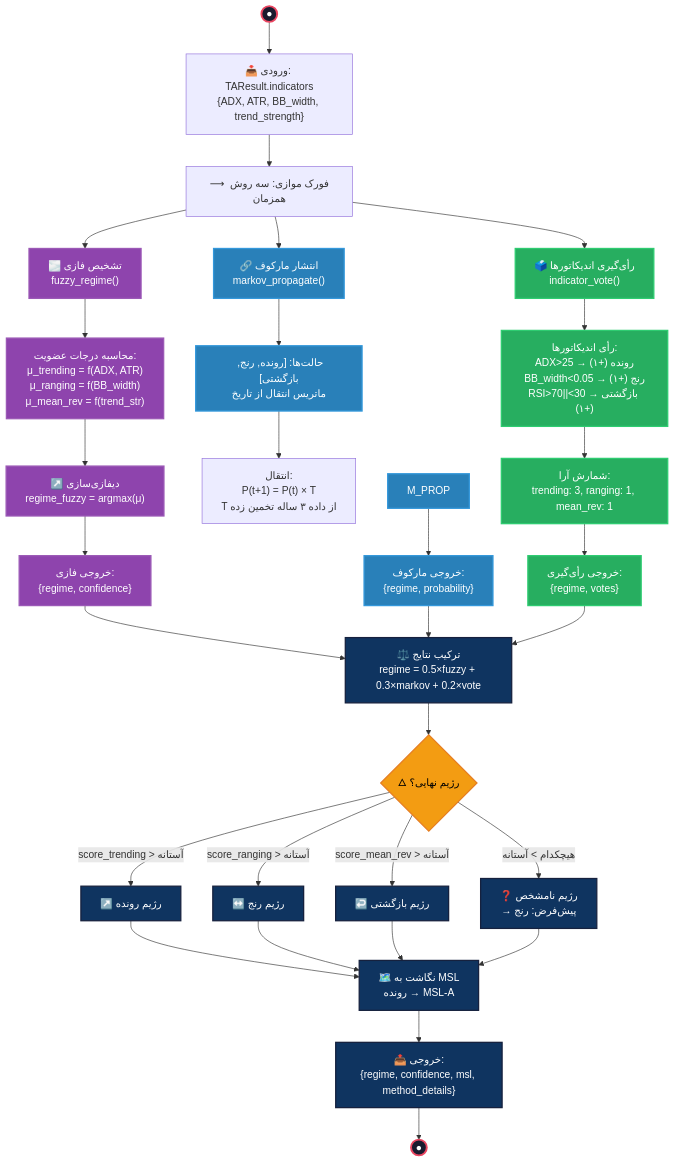
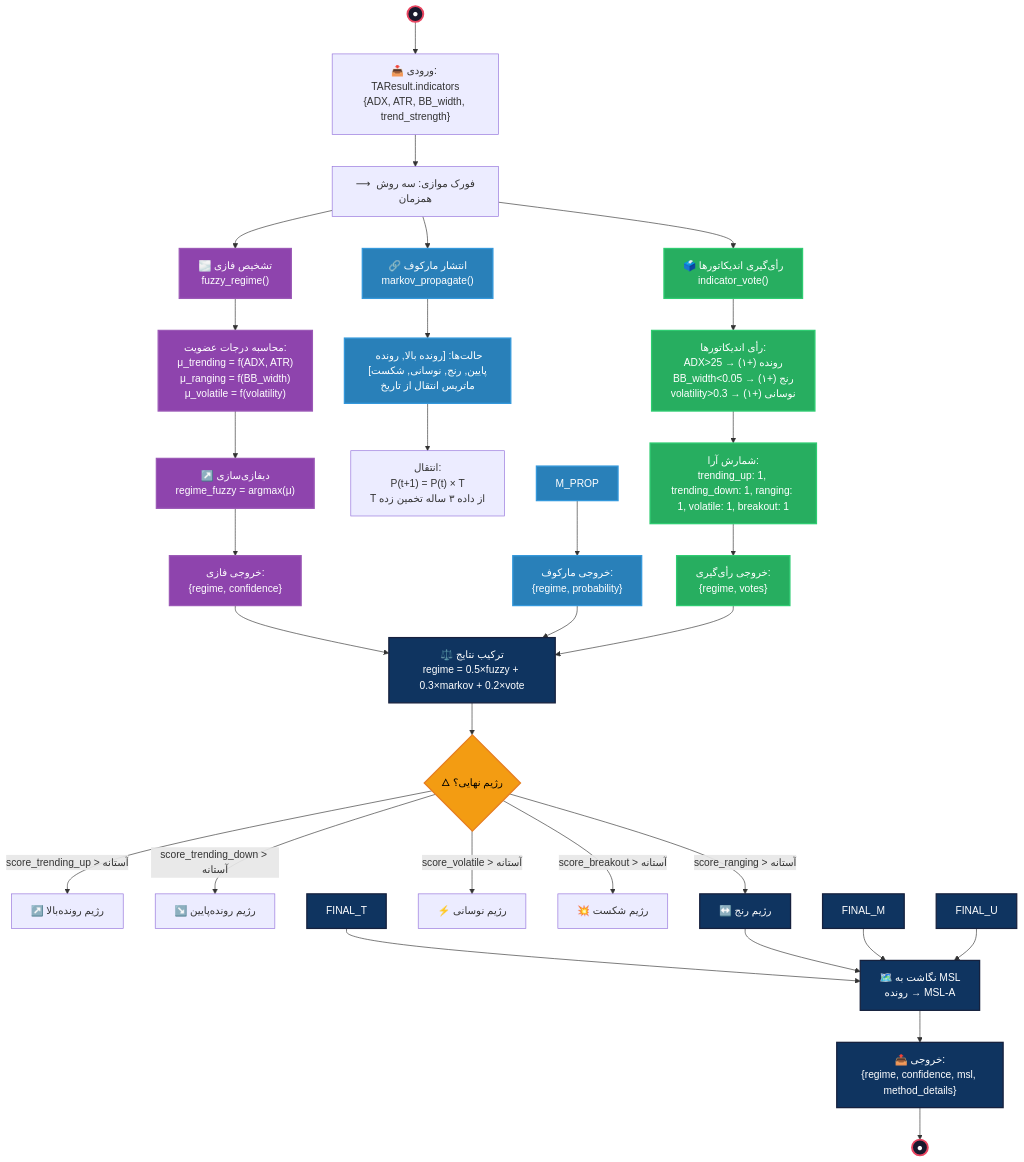
The seventh of 9 diagrams in bpmn-section.md (Shakour-Data/TechnicalAI), drawn with Mermaid before and after one commit. The commit also changed other lines of this file and 23 other files, not shown here.

Commit message:
Update API services, decision graph, and TSE/Yahoo integrations

````diff
--- a/bpmn-section.md
+++ b/bpmn-section.md
@@ -450,52 +453,53 @@
 ```mermaid
 flowchart TB
     START_R((●)) --> IN_R["📥 ورودی: TAResult.indicators\n{ADX, ATR, BB_width, trend_strength}"]
     IN_R --> PARALLEL["⟶ فورک موازی: سه روش همزمان"]
 
     PARALLEL --> FUZZY["🌫️ تشخیص فازی\nfuzzy_regime()"]
     PARALLEL --> MARKOV["🔗 انتشار مارکوف\nmarkov_propagate()"]
     PARALLEL --> VOTE["🗳️ رأی‌گیری اندیکاتورها\nindicator_vote()"]
 
-    FUZZY --> F_CALC["محاسبه درجات عضویت:\nμ_trending = f(ADX, ATR)\nμ_ranging = f(BB_width)\nμ_mean_rev = f(trend_str)"]
+    FUZZY --> F_CALC["محاسبه درجات عضویت:\nμ_trending = f(ADX, ATR)\nμ_ranging = f(BB_width)\nμ_volatile = f(volatility)"]
     F_CALC --> F_DEFUZZ["↗️ دیفازی‌سازی\nregime_fuzzy = argmax(μ)"]
     F_DEFUZZ --> F_OUT["خروجی فازی:\n{regime, confidence}"]
 
-    MARKOV --> M_STATES["حالت‌ها: [رونده, رنج, بازگشتی]\nماتریس انتقال از تاریخ"]
+    MARKOV --> M_STATES["حالت‌ها: [رونده بالا, رونده پایین, رنج, نوسانی, شکست]\nماتریس انتقال از تاریخ"]
     M_STATES --> M,PROP["انتقال:\nP(t+1) = P(t) × T\nT از داده ۳ ساله تخمین زده"]
     M_PROP --> M_OUT["خروجی مارکوف:\n{regime, probability}"]
 
-    VOTE --> V_IND["رأی اندیکاتورها:\nADX>25 → رونده (+۱)\nBB_width<0.05 → رنج (+۱)\nRSI>70||<30 → بازگشتی (+۱)"]
-    V_IND --> V_COUNT["شمارش آرا:\ntrending: 3, ranging: 1, mean_rev: 1"]
+    VOTE --> V_IND["رأی اندیکاتورها:\nADX>25 → رونده (+۱)\nBB_width<0.05 → رنج (+۱)\nvolatility>0.3 → نوسانی (+۱)"]
+    V_IND --> V_COUNT["شمارش آرا:\ntrending_up: 1, trending_down: 1, ranging: 1, volatile: 1, breakout: 1"]
     V_COUNT --> V_OUT["خروجی رأی‌گیری:\n{regime, votes}"]
 
     F_OUT --> COMBINE["⚖️ ترکیب نتایج\nregime = 0.5×fuzzy + 0.3×markov + 0.2×vote"]
     M_OUT --> COMBINE
     V_OUT --> COMBINE
 
     COMBINE --> C_GW{"🜂 رژیم نهایی؟"}
-    C_GW -->|score_trending > آستانه| FINAL_T["↗️ رژیم رونده"]
-    C_GW -->|score_ranging > آستانه| FINAL_R["↔️ رژیم رنج"]
-    C_GW -->|score_mean_rev > آستانه| FINAL_M["↩️ رژیم بازگشتی"]
-    C_GW -->|هیچکدام > آستانه| FINAL_U["❓ رژیم نامشخص\n→ پیش‌فرض: رنج"]
+     C_GW -->|score_trending_up > آستانه| FINAL_TU["↗️ رژیم رونده‌بالا"]
+     C_GW -->|score_trending_down > آستانه| FINAL_TD["↘️ رژیم رونده‌پایین"]
+     C_GW -->|score_ranging > آستانه| FINAL_R["↔️ رژیم رنج"]
+     C_GW -->|score_volatile > آستانه| FINAL_V["⚡ رژیم نوسانی"]
+     C_GW -->|score_breakout > آستانه| FINAL_B["💥 رژیم شکست"]
 
     FINAL_T --> MAP_MSL["🗺️ نگاشت به MSL\nرونده → MSL-A"]
     FINAL_R --> MAP_MSL
     FINAL_M --> MAP_MSL
     FINAL_U --> MAP_MSL
 
     MAP_MSL --> OUT_R["📤 خروجی:\n{regime, confidence, msl, method_details}"]
     OUT_R --> END_R((●))
 
     classDef startEnd fill:#1a1a2e,stroke:#e94560,stroke-width:3px,color:#fff
     classDef gateway fill:#f39c12,stroke:#e67e22,stroke-width:2px,color:#000
     classDef fuzzy fill:#8e44ad,stroke:#9b59b6,stroke-width:2px,color:#fff
     classDef markov fill:#2980b9,stroke:#3498db,stroke-width:2px,color:#fff
     classDef voting fill:#27ae60,stroke:#2ecc71,stroke-width:2px,color:#fff
     classDef combine fill:#0f3460,stroke:#16213e,stroke-width:2px,color:#fff
     class START_R,END_R startEnd
     class C_GW gateway
     class FUZZY,F_CALC,F_DEFUZZ,F_OUT fuzzy
     class MARKOV,M_STATES,M_PROP,M_OUT markov
     class VOTE,V_IND,V_COUNT,V_OUT voting
     class COMBINE,MAP_MSL,OUT_R,FINAL_T,FINAL_R,FINAL_M,FINAL_U combine
 ```
````
